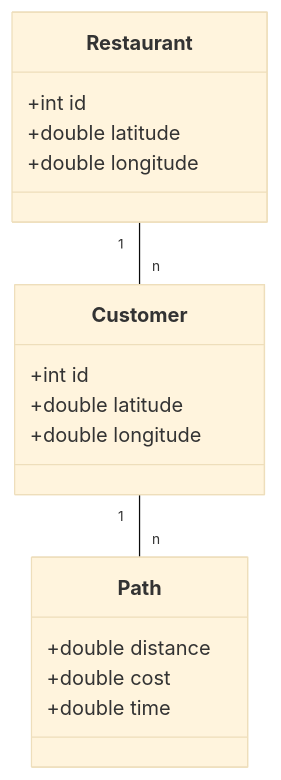
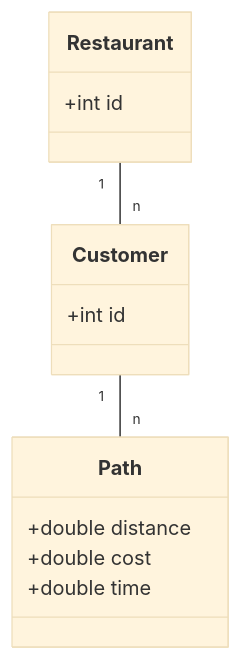
The second of 7 diagrams in README.md (944613709/2024PKU-Takeaway-Finding-Optimal-Path-System), drawn with Mermaid (base theme) before and after one commit. The commit also changed other lines of this file and 3 other files, not shown here.

````diff
--- a/README.md
+++ b/README.md
@@ -94,23 +84,19 @@
 ```mermaid
 classDiagram
     class Restaurant {
         +int id
-        +double latitude
-        +double longitude
     }
     
     class Customer {
         +int id
-        +double latitude
-        +double longitude
     }
     
     class Path {
         +double distance
         +double cost
         +double time
     }
     
     Customer "1" -- "n" Path
     Restaurant "1" -- "n" Customer
 ```
````
